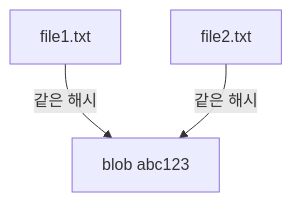
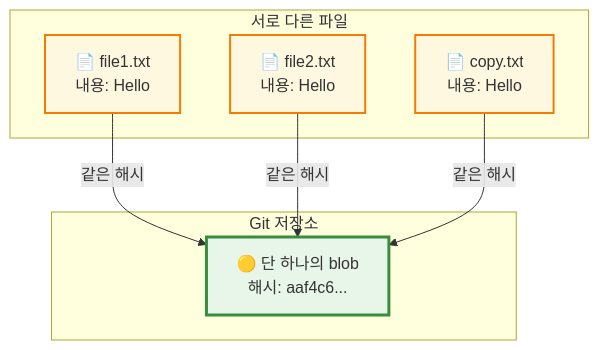
The seventh of 8 diagrams in content/posts/git-internals-01-object-storage.md (hiddenpunch/hiddenpunch.github.io), drawn with Mermaid before and after one commit. The commit also changed other lines of this file, not shown here.

Commit message:
Improve diagrams with explanations and styling

```diff
--- a/content/posts/git-internals-01-object-storage.md
+++ b/content/posts/git-internals-01-object-storage.md
@@ -166,5 +339,21 @@
 <div class="mermaid">
 flowchart TB
-    F1[file1.txt] -->|같은 해시| BLOB[blob abc123]
-    F2[file2.txt] -->|같은 해시| BLOB
+    subgraph files[서로 다른 파일]
+        F1[📄 file1.txt<br/>내용: Hello]
+        F2[📄 file2.txt<br/>내용: Hello]
+        F3[📄 copy.txt<br/>내용: Hello]
+    end
+    
+    subgraph storage[Git 저장소]
+        BLOB[🟡 단 하나의 blob<br/>해시: aaf4c6...]
+    end
+    
+    F1 -->|같은 해시| BLOB
+    F2 -->|같은 해시| BLOB
+    F3 -->|같은 해시| BLOB
+    
+    style F1 fill:#fff8e1,stroke:#f57c00,stroke-width:2px
+    style F2 fill:#fff8e1,stroke:#f57c00,stroke-width:2px
+    style F3 fill:#fff8e1,stroke:#f57c00,stroke-width:2px
+    style BLOB fill:#e8f5e9,stroke:#388e3c,stroke-width:3px
 </div>
```
